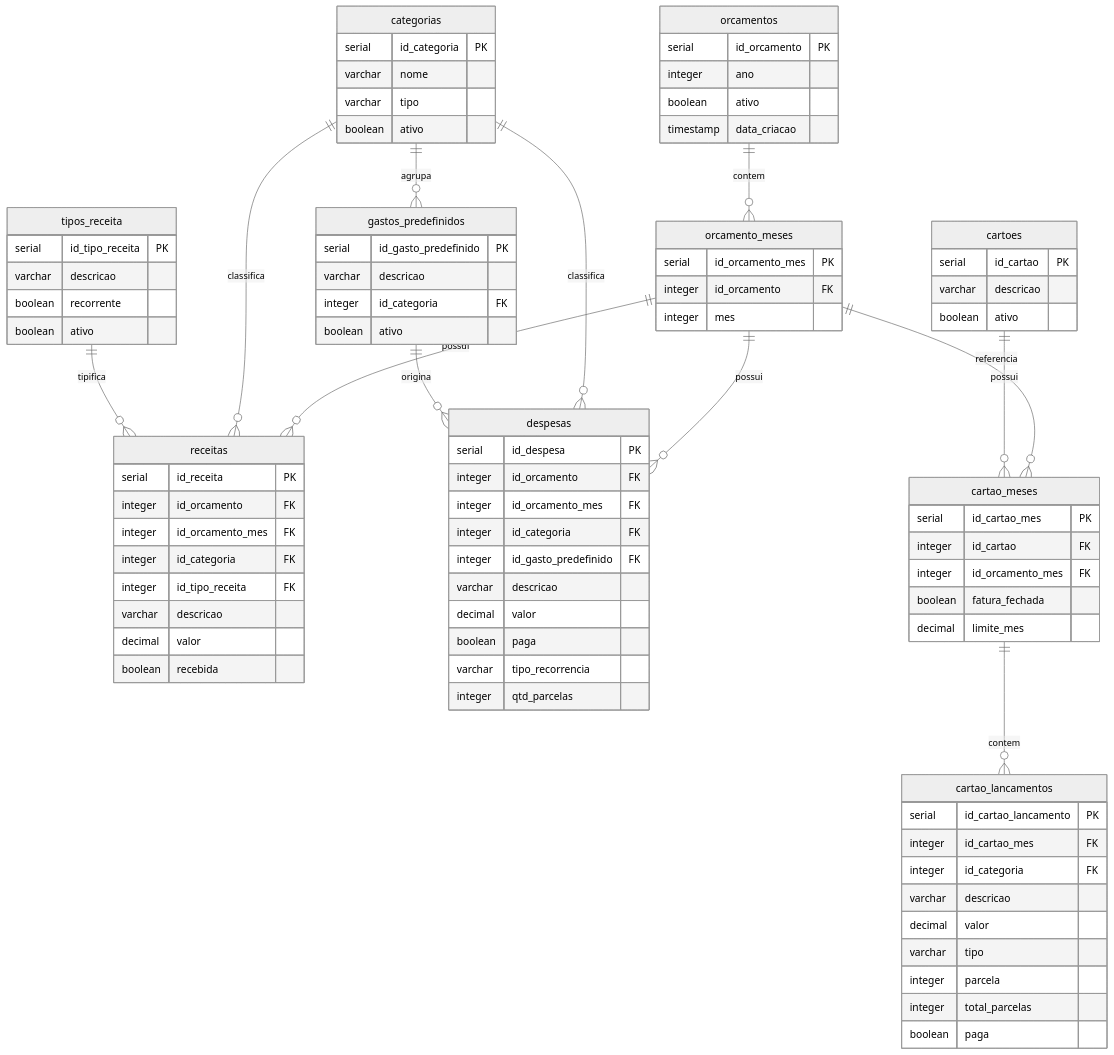
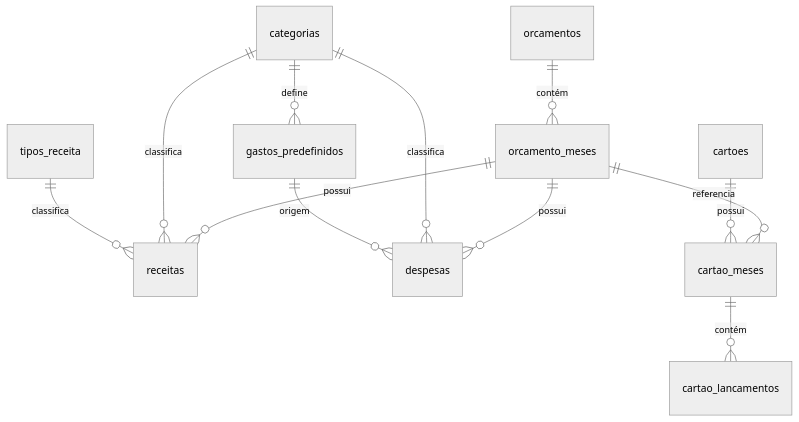
Before and after one commit to lopestd/homefinance: the first of 2 diagrams in plans/migracao-postgresql.md, drawn with Mermaid (neutral theme). The commit also changed other lines of this file and 5 other files, not shown here.

````diff
--- a/plans/migracao-postgresql.md
+++ b/plans/migracao-postgresql.md
@@ -59,98 +27,14 @@
 ```mermaid
 erDiagram
-    orcamentos ||--o{ orcamento_meses : contem
-    orcamento_meses ||--o{ receitas : possui
-    orcamento_meses ||--o{ despesas : possui
-    orcamento_meses ||--o{ cartao_meses : referencia
-    categorias ||--o{ receitas : classifica
-    categorias ||--o{ despesas : classifica
-    categorias ||--o{ gastos_predefinidos : agrupa
-    tipos_receita ||--o{ receitas : tipifica
-    gastos_predefinidos ||--o{ despesas : origina
-    cartoes ||--o{ cartao_meses : possui
-    cartao_meses ||--o{ cartao_lancamentos : contem
-
-    orcamentos {
-        serial id_orcamento PK
-        integer ano
-        boolean ativo
-        timestamp data_criacao
-    }
-
-    orcamento_meses {
-        serial id_orcamento_mes PK
-        integer id_orcamento FK
-        integer mes
-    }
-
-    categorias {
-        serial id_categoria PK
-        varchar nome
-        varchar tipo
-        boolean ativo
-    }
-
-    tipos_receita {
-        serial id_tipo_receita PK
-        varchar descricao
-        boolean recorrente
-        boolean ativo
-    }
-
-    gastos_predefinidos {
-        serial id_gasto_predefinido PK
-        varchar descricao
-        integer id_categoria FK
-        boolean ativo
-    }
-
-    receitas {
-        serial id_receita PK
-        integer id_orcamento FK
-        integer id_orcamento_mes FK
-        integer id_categoria FK
-        integer id_tipo_receita FK
-        varchar descricao
-        decimal valor
-        boolean recebida
-    }
-
-    despesas {
-        serial id_despesa PK
-        integer id_orcamento FK
-        integer id_orcamento_mes FK
-        integer id_categoria FK
-        integer id_gasto_predefinido FK
-        varchar descricao
-        decimal valor
-        boolean paga
-        varchar tipo_recorrencia
-        integer qtd_parcelas
-    }
-
-    cartoes {
-        serial id_cartao PK
-        varchar descricao
-        boolean ativo
-    }
-
-    cartao_meses {
-        serial id_cartao_mes PK
-        integer id_cartao FK
-        integer id_orcamento_mes FK
-        boolean fatura_fechada
-        decimal limite_mes
-    }
-
-    cartao_lancamentos {
-        serial id_cartao_lancamento PK
-        integer id_cartao_mes FK
-        integer id_categoria FK
-        varchar descricao
-        decimal valor
-        varchar tipo
-        integer parcela
-        integer total_parcelas
-        boolean paga
-    }
+    orcamentos ||--o{ orcamento_meses : "contém"
+    orcamento_meses ||--o{ receitas : "possui"
+    orcamento_meses ||--o{ despesas : "possui"
+    orcamento_meses ||--o{ cartao_meses : "referencia"
+    categorias ||--o{ receitas : "classifica"
+    categorias ||--o{ despesas : "classifica"
+    categorias ||--o{ gastos_predefinidos : "define"
+    cartoes ||--o{ cartao_meses : "possui"
+    cartao_meses ||--o{ cartao_lancamentos : "contém"
+    tipos_receita ||--o{ receitas : "classifica"
+    gastos_predefinidos ||--o{ despesas : "origem"
 ```
````
